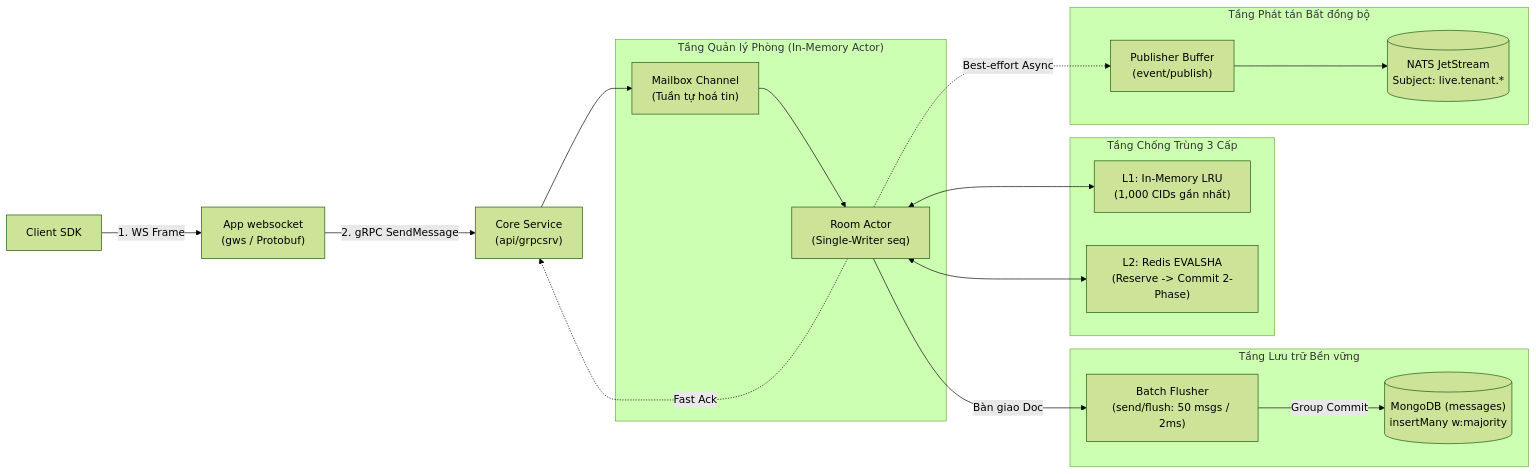
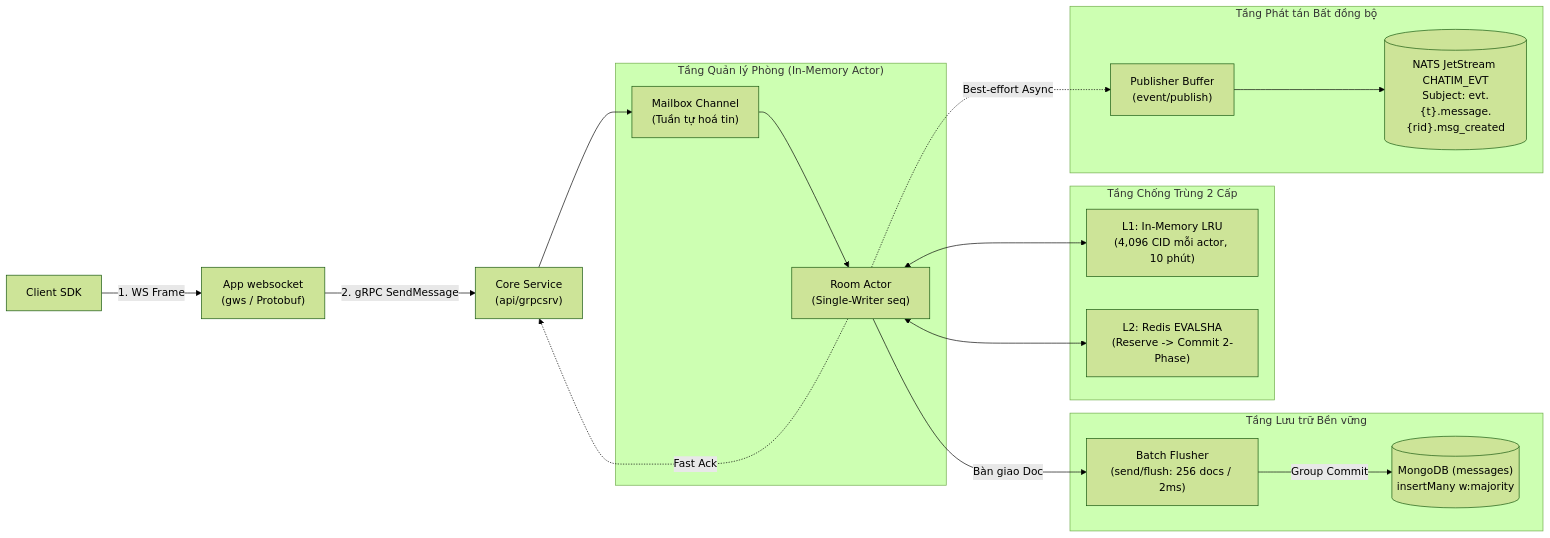
The first of 3 diagrams in docs/modules/02-feature-message-sending-and-ordering.md (ivannguyendev/chatim), drawn with Mermaid (forest theme) before and after one commit. The commit also changed other lines of this file and 12 other files, not shown here.

````diff
--- a/docs/modules/02-feature-message-sending-and-ordering.md
+++ b/docs/modules/02-feature-message-sending-and-ordering.md
@@ -24,33 +24,33 @@
 ```mermaid
 flowchart LR
     Client["Client SDK"] -->|1. WS Frame| GW["App websocket<br/>(gws / Protobuf)"]
     GW -->|2. gRPC SendMessage| Core["Core Service<br/>(api/grpcsrv)"]
 
     subgraph ActorDomain["Tầng Quản lý Phòng (In-Memory Actor)"]
         Mailbox["Mailbox Channel<br/>(Tuần tự hoá tin)"] --> RoomActor["Room Actor<br/>(Single-Writer seq)"]
     end
 
-    subgraph DedupeTier["Tầng Chống Trùng 3 Cấp"]
-        MemLRU["L1: In-Memory LRU<br/>(1,000 CIDs gần nhất)"]
+    subgraph DedupeTier["Tầng Chống Trùng 2 Cấp"]
+        MemLRU["L1: In-Memory LRU<br/>(4,096 CID mỗi actor, 10 phút)"]
         RedisDed["L2: Redis EVALSHA<br/>(Reserve -> Commit 2-Phase)"]
     end
 
     subgraph Persistence["Tầng Lưu trữ Bền vững"]
-        Flusher["Batch Flusher<br/>(send/flush: 50 msgs / 2ms)"]
+        Flusher["Batch Flusher<br/>(send/flush: 256 docs / 2ms)"]
         MongoDb[("MongoDB (messages)<br/>insertMany w:majority")]
     end
 
     subgraph EventStream["Tầng Phát tán Bất đồng bộ"]
         PubQueue["Publisher Buffer<br/>(event/publish)"]
-        NATSJet[("NATS JetStream<br/>Subject: live.tenant.*")]
+        NATSJet[("NATS JetStream CHATIM_EVT<br/>Subject: evt.{t}.message.{rid}.msg_created")]
     end
 
     Core --> Mailbox
     RoomActor <--> MemLRU
     RoomActor <--> RedisDed
     RoomActor -->|Bàn giao Doc| Flusher
     Flusher -->|Group Commit| MongoDb
     RoomActor -.->|Fast Ack| Core
     RoomActor -.->|Best-effort Async| PubQueue
     PubQueue --> NATSJet
 ```
````
